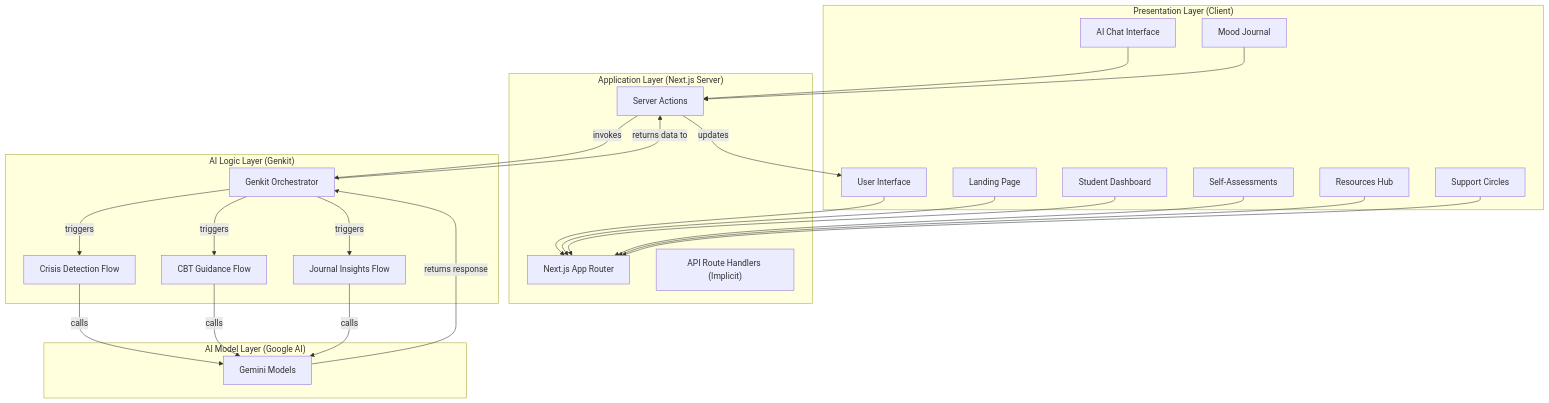
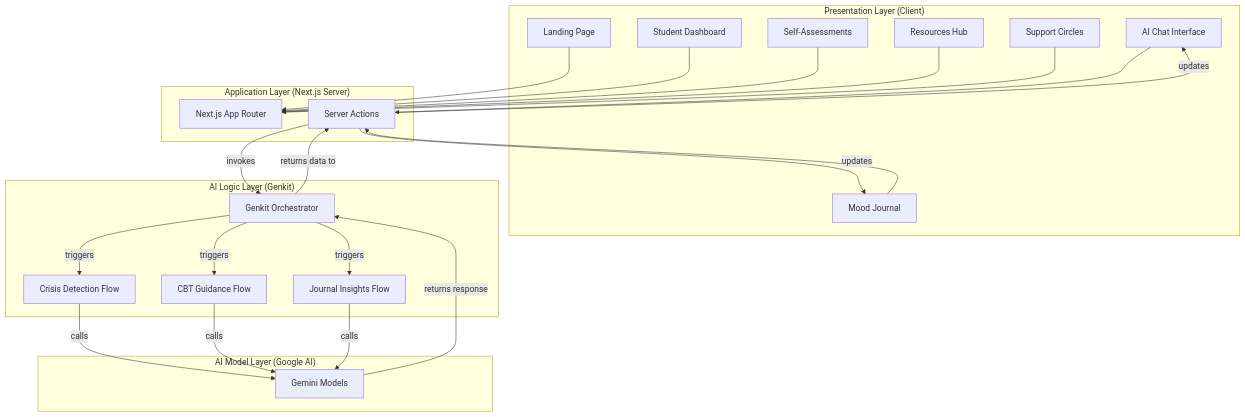
Before and after one commit to Utpal-Kalita/Saarthi: the second of 4 diagrams in src/README.md, drawn with Mermaid. The commit also changed 1 other file, not shown here.

Commit message:
Unable to render rich display
Parse error on line 16:
...[API Route Han

````diff
--- a/src/README.md
+++ b/src/README.md
@@ -87,53 +87,52 @@
 ```mermaid
 graph TD
     subgraph PL["Presentation Layer (Client)"]
-        UI[User Interface]
         LandingPage[Landing Page]
         Dashboard[Student Dashboard]
         Chat[AI Chat Interface]
         Journal[Mood Journal]
         Assessments[Self-Assessments]
         Resources[Resources Hub]
         SupportCircles[Support Circles]
     end
 
     subgraph AL["Application Layer (Next.js Server)"]
         AppRouter[Next.js App Router]
         ServerActions[Server Actions]
-        APIHandlers["API Route Handlers (Implicit)"]
     end
 
     subgraph AIL["AI Logic Layer (Genkit)"]
         Genkit[Genkit Orchestrator]
         CrisisFlow[Crisis Detection Flow]
         CBTFlow[CBT Guidance Flow]
         InsightsFlow[Journal Insights Flow]
     end
 
     subgraph AIML["AI Model Layer (Google AI)"]
         Gemini[Gemini Models]
     end
     
-    UI --> AppRouter
     LandingPage --> AppRouter
     Dashboard --> AppRouter
-    Chat --> ServerActions
-    Journal --> ServerActions
     Assessments --> AppRouter
     Resources --> AppRouter
     SupportCircles --> AppRouter
-
+    
+    Chat --> ServerActions
+    Journal --> ServerActions
+    
     ServerActions -- invokes --> Genkit
 
     Genkit -- triggers --> CrisisFlow
     Genkit -- triggers --> CBTFlow
     Genkit -- triggers --> InsightsFlow
 
     CrisisFlow -- calls --> Gemini
     CBTFlow -- calls --> Gemini
     InsightsFlow -- calls --> Gemini
 
     Gemini -- returns response --> Genkit
     Genkit -- returns data to --> ServerActions
-    ServerActions -- updates --> UI
+    ServerActions -- updates --> Chat
+    ServerActions -- updates --> Journal
 ```
````
